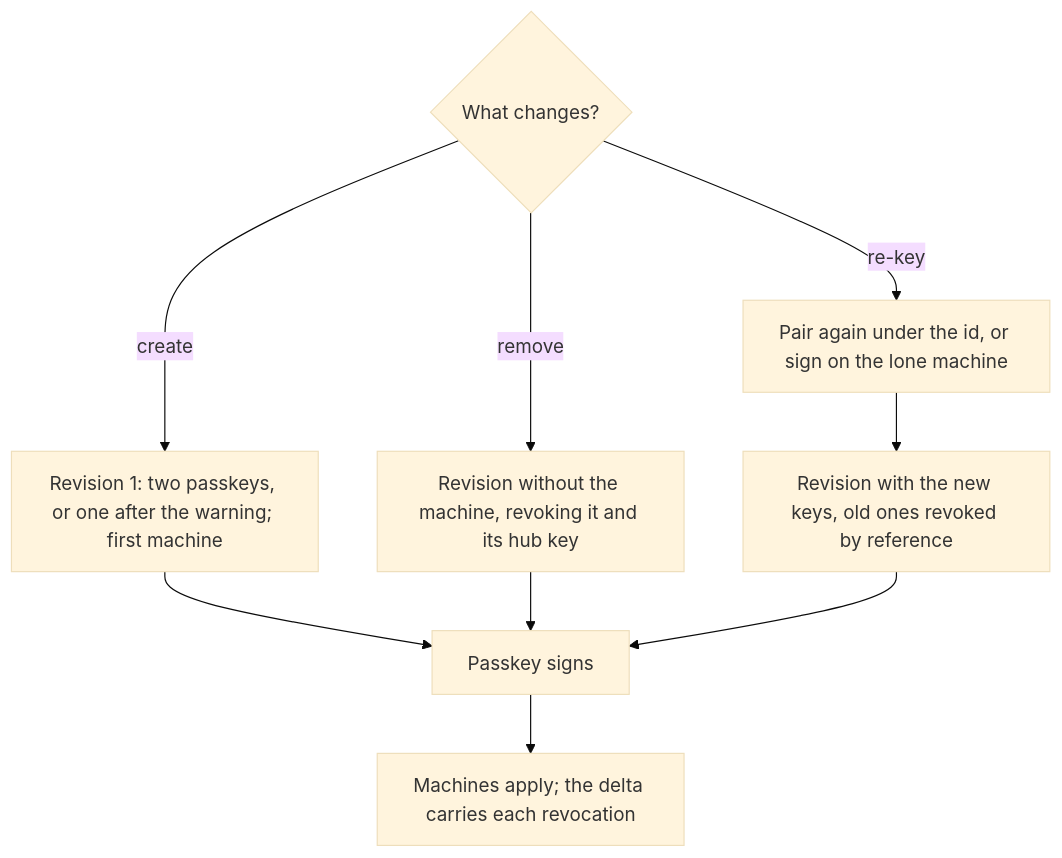
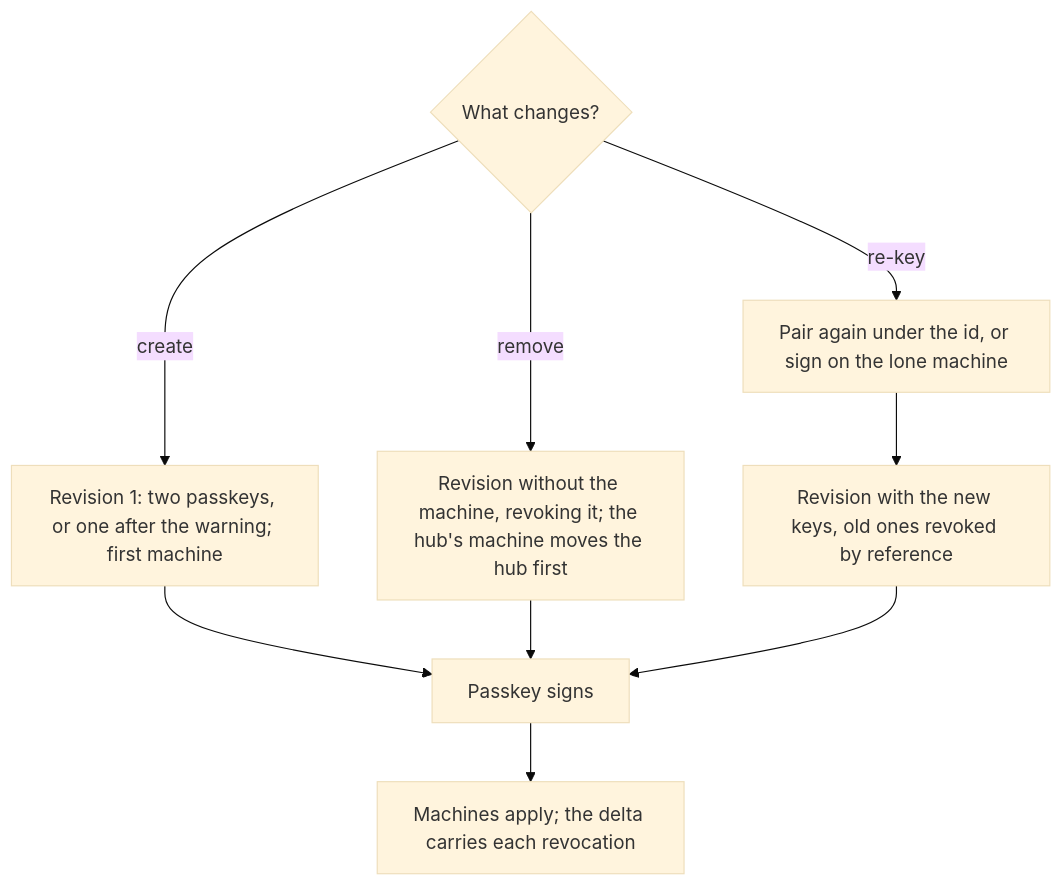
Diagram 20 of 27 in docs/ux/flows.md (passioncode-ai/fabric-agent-contract), drawn with Mermaid (base theme) before and after one commit. The commit also changed other lines of this file and 12 other files, not shown here.

````diff
--- a/docs/ux/flows.md
+++ b/docs/ux/flows.md
@@ -496,11 +496,11 @@
 ```mermaid
 flowchart TD
   A{What changes?} -->|create| C[Revision 1: two passkeys, or one after the warning; first machine]
-  A -->|remove| R[Revision without the machine, revoking it and its hub key]
+  A -->|remove| R[Revision without the machine, revoking it; the hub's machine moves the hub first]
   A -->|re-key| K[Pair again under the id, or sign on the lone machine]
   K --> N[Revision with the new keys, old ones revoked by reference]
   C --> S[Passkey signs]
   R --> S
   N --> S
   S --> P[Machines apply; the delta carries each revocation]
 ```
````
